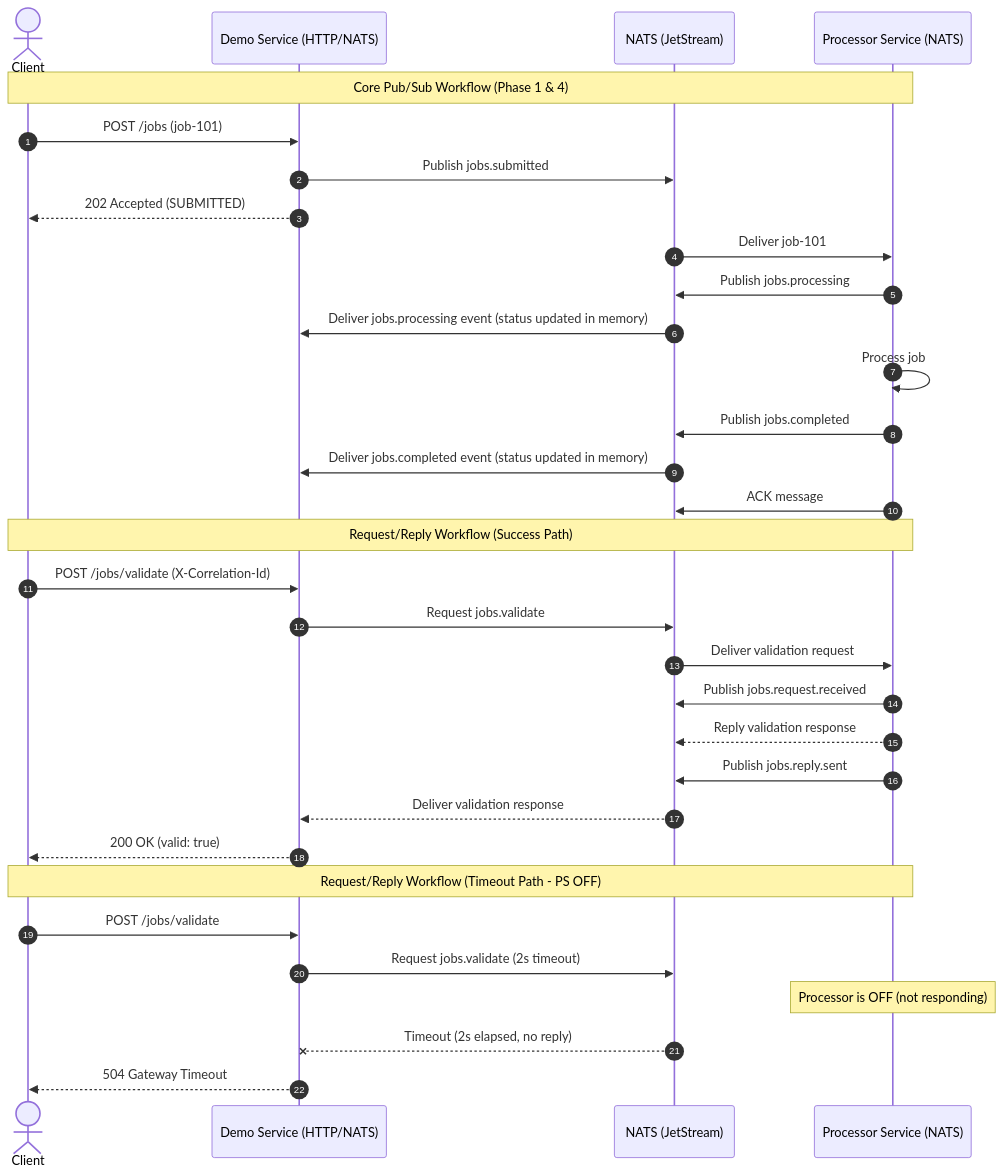
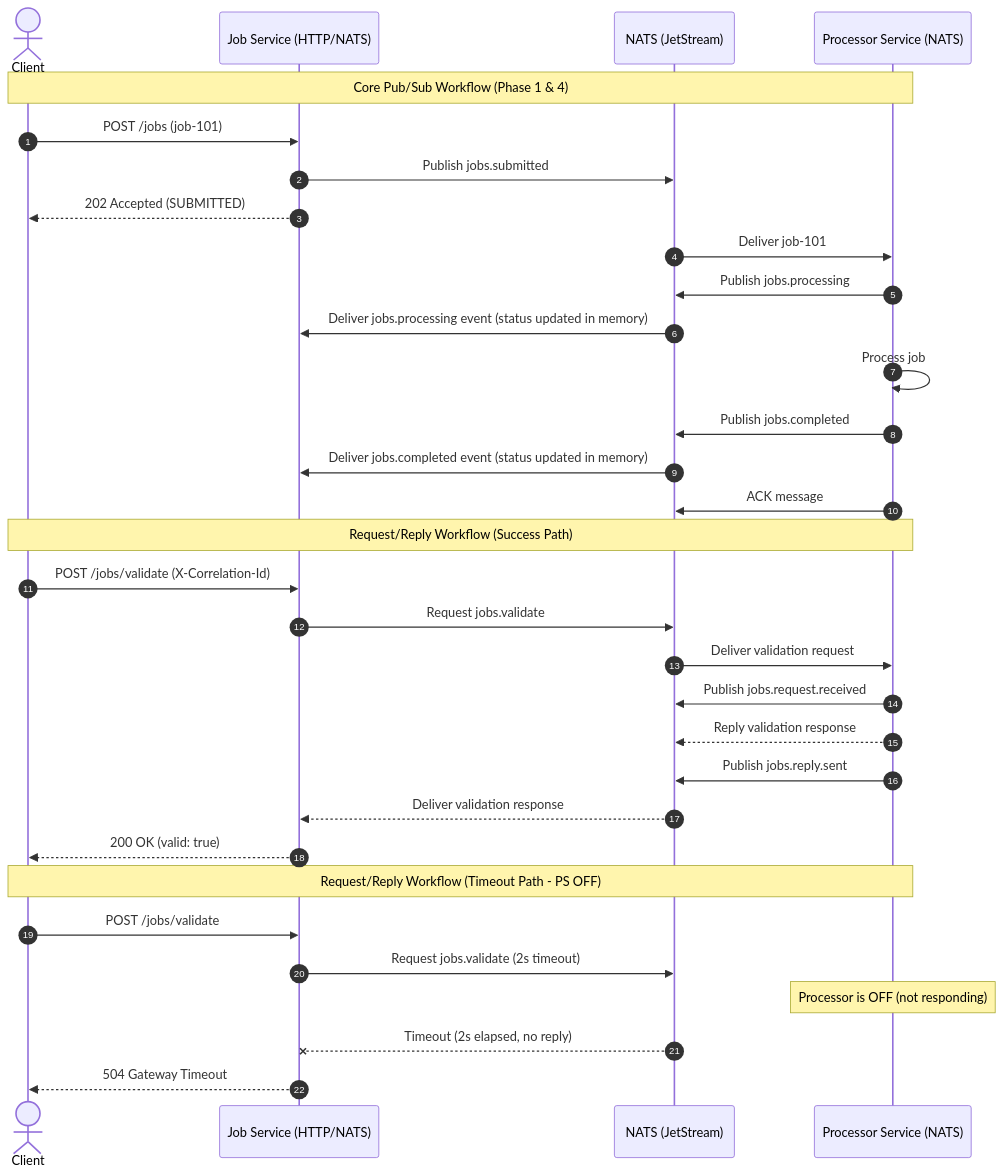
The diagram in docs/api-spec.md (hemanthkumar2k19/nats-demo), drawn with Mermaid before and after one commit. The commit also changed other lines of this file and 19 other files, not shown here.

Commit message:
refactor: rename demo-service to job-service across codebase and documentation

````diff
--- a/docs/api-spec.md
+++ b/docs/api-spec.md
@@ -388,37 +388,37 @@
 ```mermaid
 sequenceDiagram
     autonumber
     actor Client
-    participant DS as Demo Service (HTTP/NATS)
+    participant JS as Job Service (HTTP/NATS)
     participant NATS as NATS (JetStream)
     participant PS as Processor Service (NATS)
 
     Note over Client, PS: Core Pub/Sub Workflow (Phase 1 & 4)
-    Client->>DS: POST /jobs (job-101)
-    DS->>NATS: Publish jobs.submitted
-    DS-->>Client: 202 Accepted (SUBMITTED)
+    Client->>JS: POST /jobs (job-101)
+    JS->>NATS: Publish jobs.submitted
+    JS-->>Client: 202 Accepted (SUBMITTED)
     NATS->>PS: Deliver job-101
     PS->>NATS: Publish jobs.processing
-    NATS->>DS: Deliver jobs.processing event (status updated in memory)
+    NATS->>JS: Deliver jobs.processing event (status updated in memory)
     PS->>PS: Process job
     PS->>NATS: Publish jobs.completed
-    NATS->>DS: Deliver jobs.completed event (status updated in memory)
+    NATS->>JS: Deliver jobs.completed event (status updated in memory)
     PS->>NATS: ACK message
 
     Note over Client, PS: Request/Reply Workflow (Success Path)
-    Client->>DS: POST /jobs/validate (X-Correlation-Id)
-    DS->>NATS: Request jobs.validate
+    Client->>JS: POST /jobs/validate (X-Correlation-Id)
+    JS->>NATS: Request jobs.validate
     NATS->>PS: Deliver validation request
     PS->>NATS: Publish jobs.request.received
     PS-->>NATS: Reply validation response
     PS->>NATS: Publish jobs.reply.sent
-    NATS-->>DS: Deliver validation response
-    DS-->>Client: 200 OK (valid: true)
+    NATS-->>JS: Deliver validation response
+    JS-->>Client: 200 OK (valid: true)
 
     Note over Client, PS: Request/Reply Workflow (Timeout Path - PS OFF)
-    Client->>DS: POST /jobs/validate
-    DS->>NATS: Request jobs.validate (2s timeout)
+    Client->>JS: POST /jobs/validate
+    JS->>NATS: Request jobs.validate (2s timeout)
     Note over PS: Processor is OFF (not responding)
-    NATS--xDS: Timeout (2s elapsed, no reply)
-    DS-->>Client: 504 Gateway Timeout
+    NATS--xJS: Timeout (2s elapsed, no reply)
+    JS-->>Client: 504 Gateway Timeout
 ```
````
